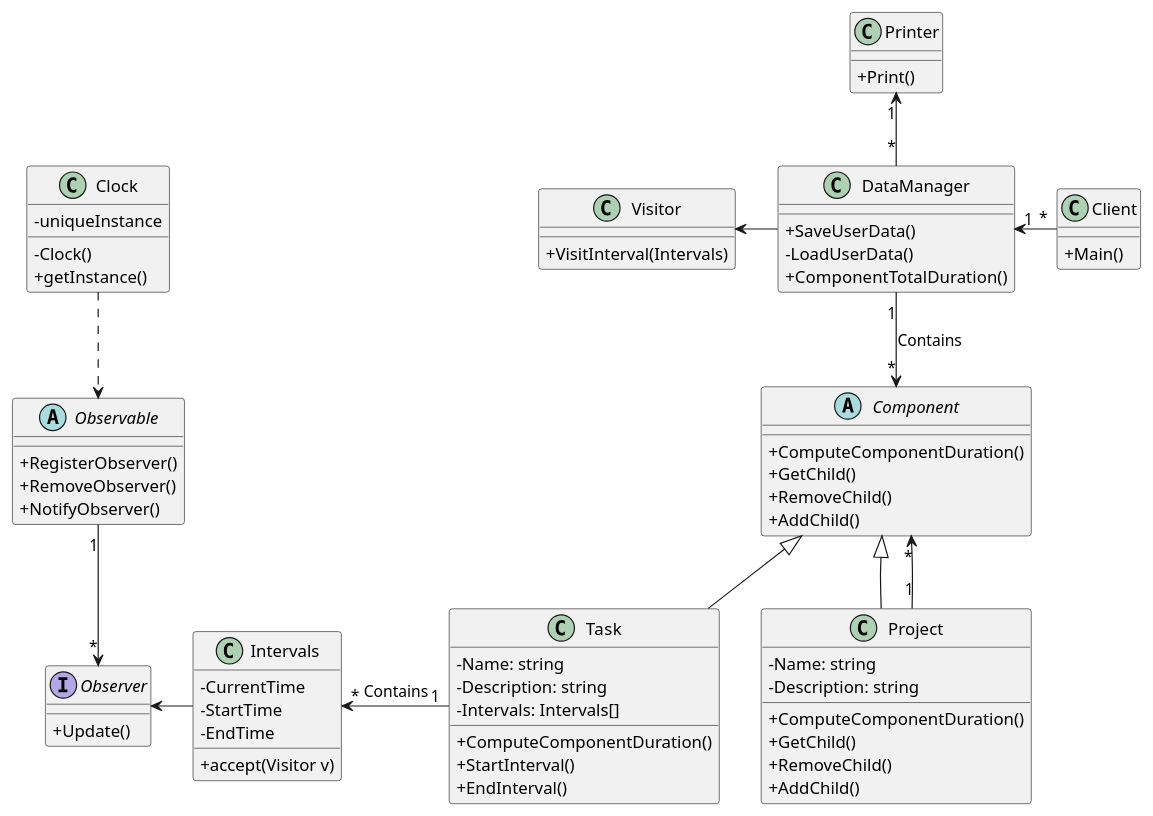
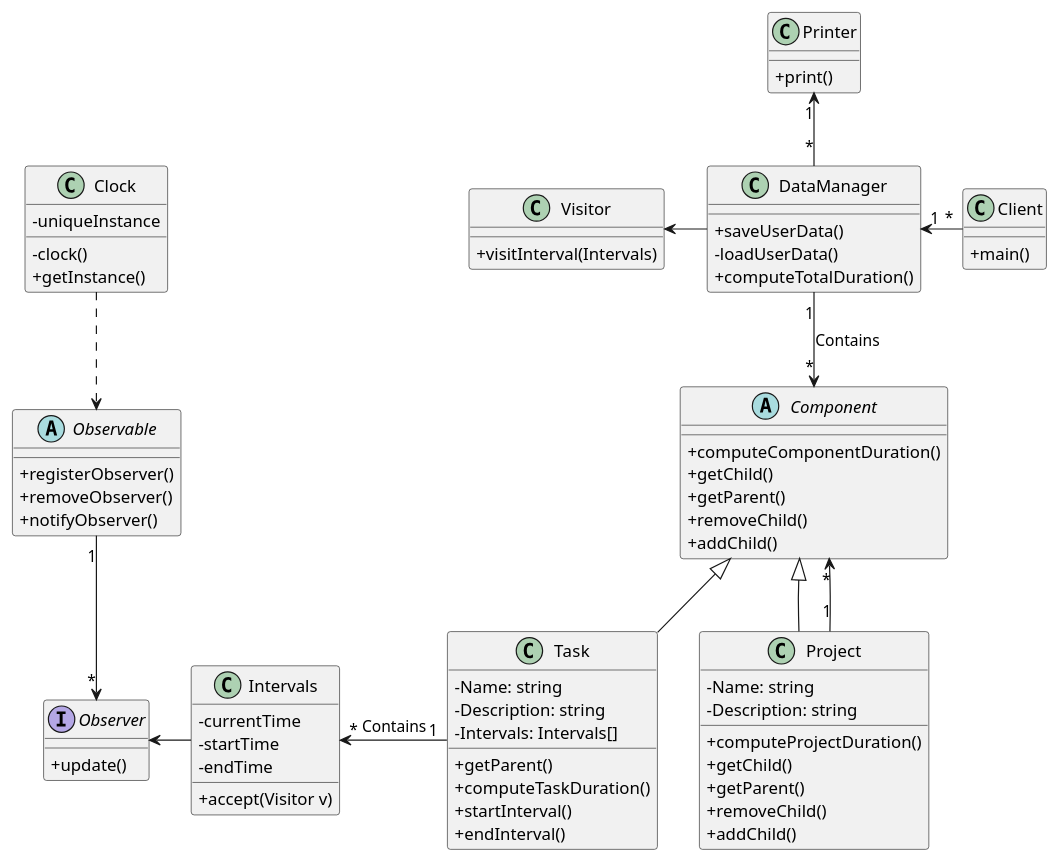
The diagram in DSTimeTracker.puml (quimcamprubi/DS_Time_Tracker), drawn with PlantUML before and after one commit.

Commit message:
canvis disseny

```diff
--- a/DSTimeTracker.puml
+++ b/DSTimeTracker.puml
@@ -1,83 +1,86 @@
 @startuml 
 
 skinparam classAttributeIconSize 0
 skinparam linetype polyline
 
 abstract class Component {
-+ ComputeComponentDuration()
-+ GetChild()
-+ RemoveChild()
-+ AddChild()
++ computeComponentDuration()
++ getChild()
++ getParent()
++ removeChild()
++ addChild()
 }
 
 class Project extends Component {
 - Name: string
 - Description: string
-+ ComputeComponentDuration()
-+ GetChild()
-+ RemoveChild()
-+ AddChild()
++ computeProjectDuration()
++ getChild()
++ getParent()
++ removeChild()
++ addChild()
 }
 
 class Visitor{
-+ VisitInterval(Intervals)
++ visitInterval(Intervals)
 }
 
 class Task extends Component {
 - Name: string
 - Description: string
 - Intervals: Intervals[]
-+ ComputeComponentDuration()
-+ StartInterval()
-+ EndInterval()
++ getParent()
++ computeTaskDuration()
++ startInterval()
++ endInterval()
 }
 
 class Intervals {
-- CurrentTime
-- StartTime
-- EndTime
-+accept(Visitor v)
+- currentTime
+- startTime
+- endTime
++ accept(Visitor v)
 }
 
 Interface Observer{
-+ Update()
++ update()
 }
 
 abstract class Observable {
-+ RegisterObserver()
-+ RemoveObserver()
-+ NotifyObserver()
++ registerObserver()
++ removeObserver()
++ notifyObserver()
 }
 
 class Clock {
 - uniqueInstance
-- Clock()
+- clock()
 + getInstance()
 }
 
 class Client{
-+ Main()
++ main()
 }
 
 class DataManager{  
-+ SaveUserData()
-- LoadUserData()
-+ ComponentTotalDuration()
++ saveUserData()
+- loadUserData()
++ computeTotalDuration()
 }
 
 Class Printer{
-+ Print()
++ print()
 }
 
 Visitor <-right- DataManager
 DataManager "1" -down-> "*" Component: Contains
 Project "1" --> "*" Component
 Client "*" -left-> "1" DataManager
 Task "1" -left-> "*" Intervals:Contains
 Clock .down.> Observable
 Observable "1" -Down-> "*" Observer
 Intervals -left-> Observer
 DataManager "*" -up-> "1" Printer
 Task -[hidden]right-> Project
 
 @enduml
```
